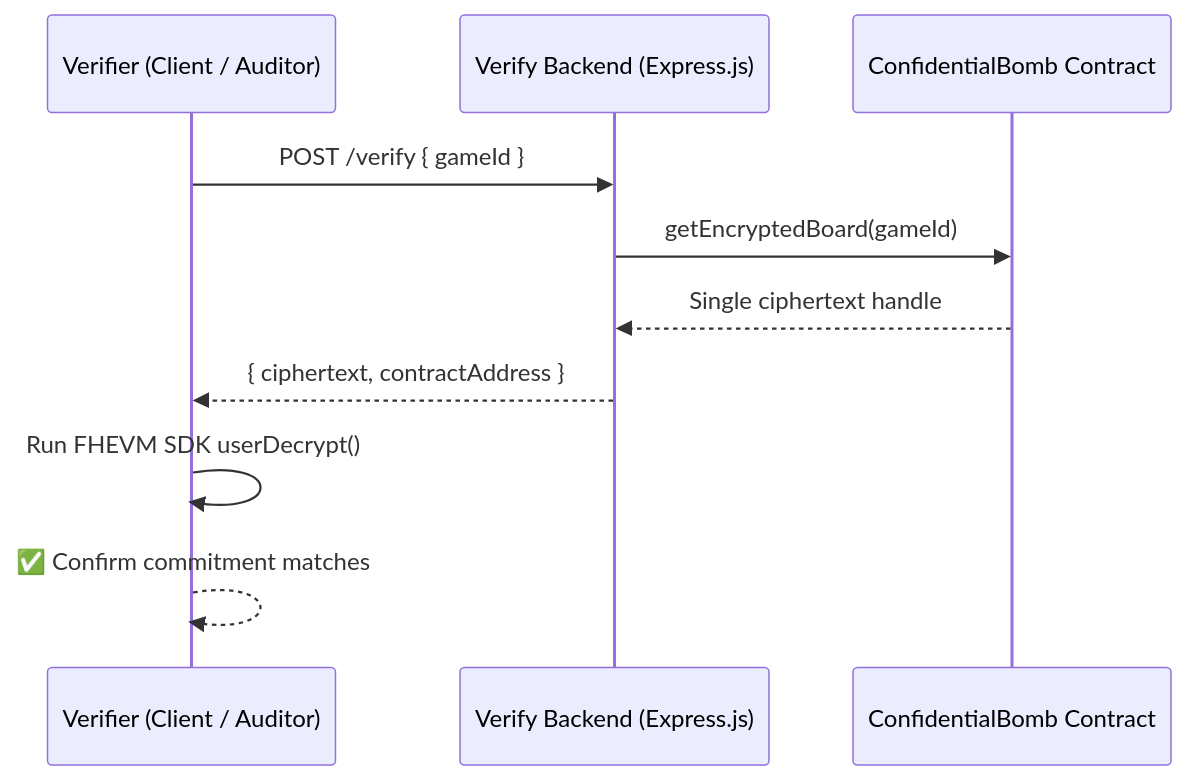
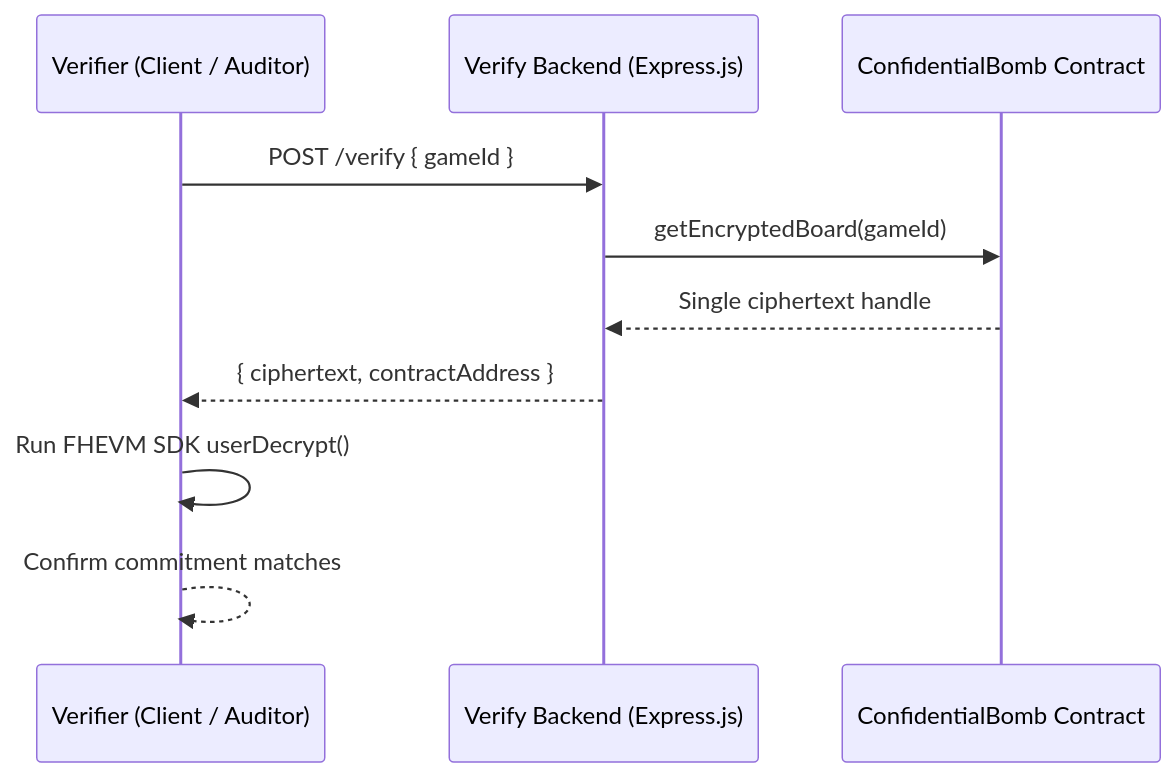
The fourth of 4 diagrams in README-flows.md (phamnhungoctuan/confidential-bomb), drawn with Mermaid before and after one commit. The commit also changed other lines of this file and 1 other file, not shown here.

````diff
--- a/README-flows.md
+++ b/README-flows.md
@@ -75,13 +75,13 @@
 ```mermaid
 sequenceDiagram
     participant Verifier as Verifier (Client / Auditor)
     participant Backend as Verify Backend (Express.js)
     participant Contract as ConfidentialBomb Contract
 
     Verifier->>Backend: POST /verify { gameId }
     Backend->>Contract: getEncryptedBoard(gameId)
     Contract-->>Backend: Single ciphertext handle
     Backend-->>Verifier: { ciphertext, contractAddress }
     Verifier->>Verifier: Run FHEVM SDK userDecrypt()
-    Verifier-->>Verifier: ✅ Confirm commitment matches
+    Verifier-->>Verifier: Confirm commitment matches
 ```
````
